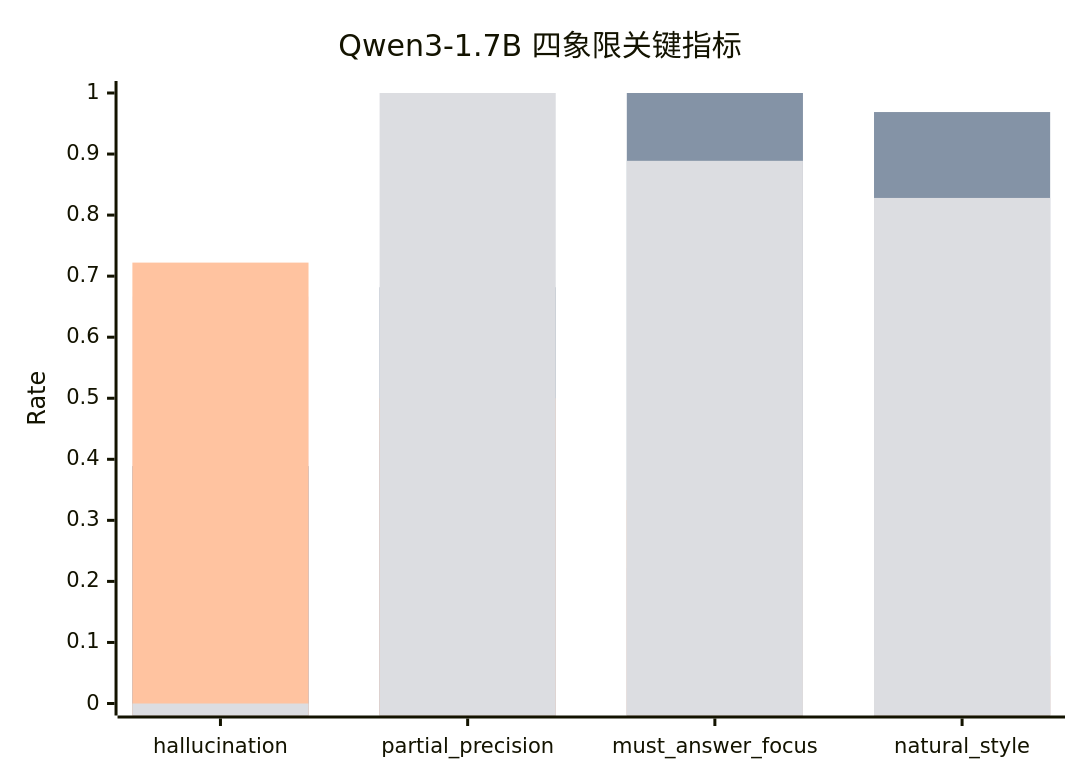
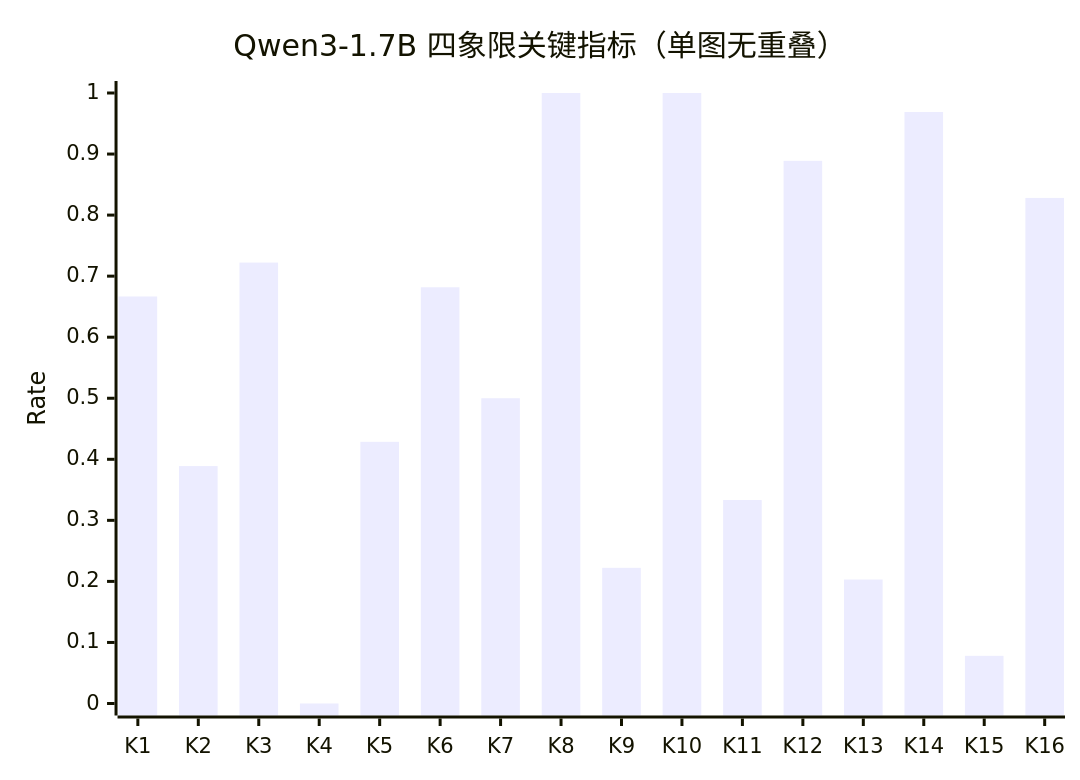
Before and after one commit to tianxingleo/BrainDance: the third of 7 diagrams in docs/开发文档/Qwen3-1.7B-LoRA-严格无泄漏对标评测报告-2026-03-22.md, drawn with Mermaid. The commit also changed other lines of this file and 3 other files, not shown here.

````diff
--- a/docs/开发文档/Qwen3-1.7B-LoRA-严格无泄漏对标评测报告-2026-03-22.md
+++ b/docs/开发文档/Qwen3-1.7B-LoRA-严格无泄漏对标评测报告-2026-03-22.md
@@ -122,10 +152,7 @@
 ```mermaid
 xychart-beta
-  title "Qwen3-1.7B 四象限关键指标"
-  x-axis ["hallucination","partial_precision","must_answer_focus","natural_style"]
+  title "Qwen3-1.7B 四象限关键指标（单图无重叠）"
+  x-axis ["K1","K2","K3","K4","K5","K6","K7","K8","K9","K10","K11","K12","K13","K14","K15","K16"]
   y-axis "Rate" 0 --> 1
-  bar [0.6667,0.4286,0.2222,0.2031]
-  bar [0.3889,0.6818,1.0000,0.9688]
-  bar [0.7222,0.5000,0.3333,0.0781]
-  bar [0.0000,1.0000,0.8889,0.8281]
+  bar [0.6667,0.3889,0.7222,0.0000,0.4286,0.6818,0.5000,1.0000,0.2222,1.0000,0.3333,0.8889,0.2031,0.9688,0.0781,0.8281]
 ```
````
